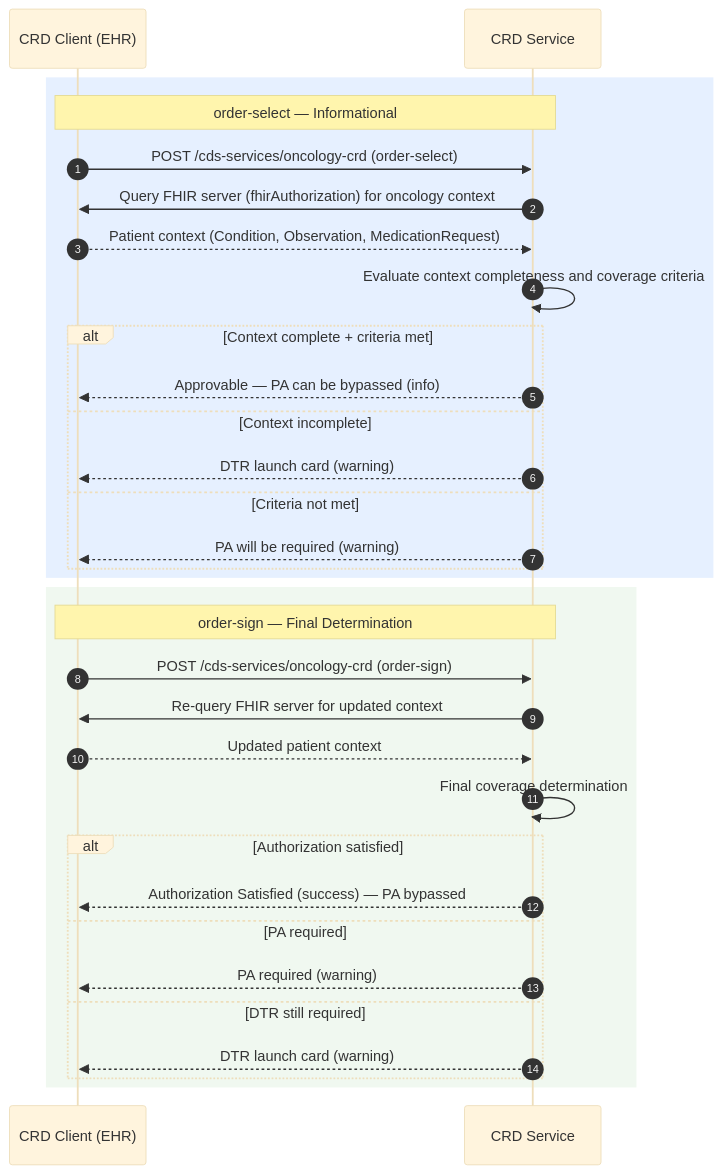
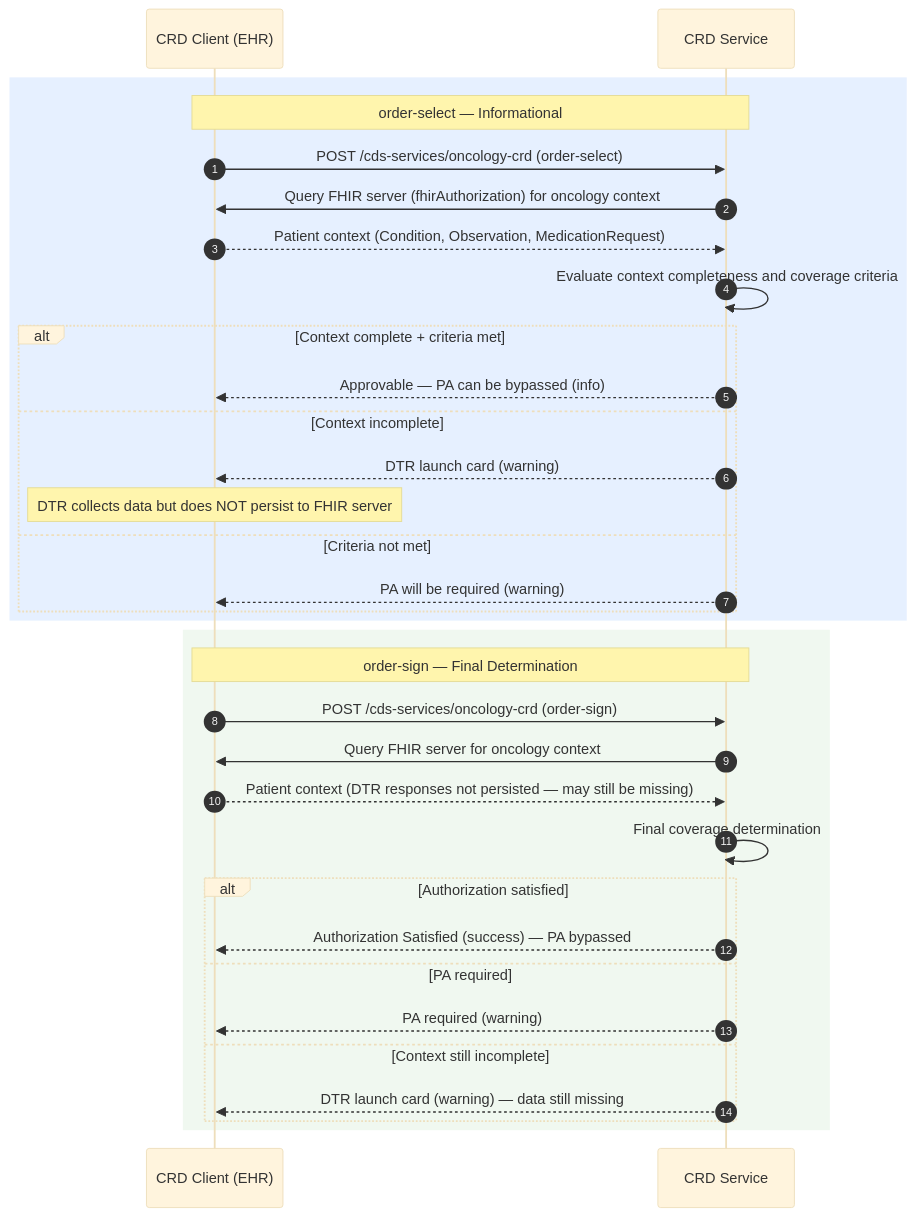
Before and after one commit to reason-healthcare/hl7-codex-mopa: the diagram in input/images/ogca-cds-hooks.mermaid, drawn with Mermaid (base theme). The commit also changed 10 other files, not shown here.

```diff
--- a/input/images/ogca-cds-hooks.mermaid
+++ b/input/images/ogca-cds-hooks.mermaid
@@ -1,37 +1,38 @@
 %%{init: {'sequence': {'htmlLabels': false}}}%%
 sequenceDiagram
   autonumber
   participant EHR as CRD Client (EHR)
   participant CRD as CRD Service
 
   rect rgb(230, 240, 255)
     Note over EHR,CRD: order-select — Informational
     EHR->>CRD: POST /cds-services/oncology-crd (order-select)
     CRD->>EHR: Query FHIR server (fhirAuthorization) for oncology context
     EHR-->>CRD: Patient context (Condition, Observation, MedicationRequest)
     CRD->>CRD: Evaluate context completeness and coverage criteria
 
     alt Context complete + criteria met
       CRD-->>EHR: Approvable — PA can be bypassed (info)
     else Context incomplete
       CRD-->>EHR: DTR launch card (warning)
+      Note over EHR: DTR collects data but does NOT persist to FHIR server
     else Criteria not met
       CRD-->>EHR: PA will be required (warning)
     end
   end
 
   rect rgb(240, 248, 240)
     Note over EHR,CRD: order-sign — Final Determination
     EHR->>CRD: POST /cds-services/oncology-crd (order-sign)
-    CRD->>EHR: Re-query FHIR server for updated context
-    EHR-->>CRD: Updated patient context
+    CRD->>EHR: Query FHIR server for oncology context
+    EHR-->>CRD: Patient context (DTR responses not persisted — may still be missing)
     CRD->>CRD: Final coverage determination
 
     alt Authorization satisfied
       CRD-->>EHR: Authorization Satisfied (success) — PA bypassed
     else PA required
       CRD-->>EHR: PA required (warning)
-    else DTR still required
-      CRD-->>EHR: DTR launch card (warning)
+    else Context still incomplete
+      CRD-->>EHR: DTR launch card (warning) — data still missing
     end
   end
```
